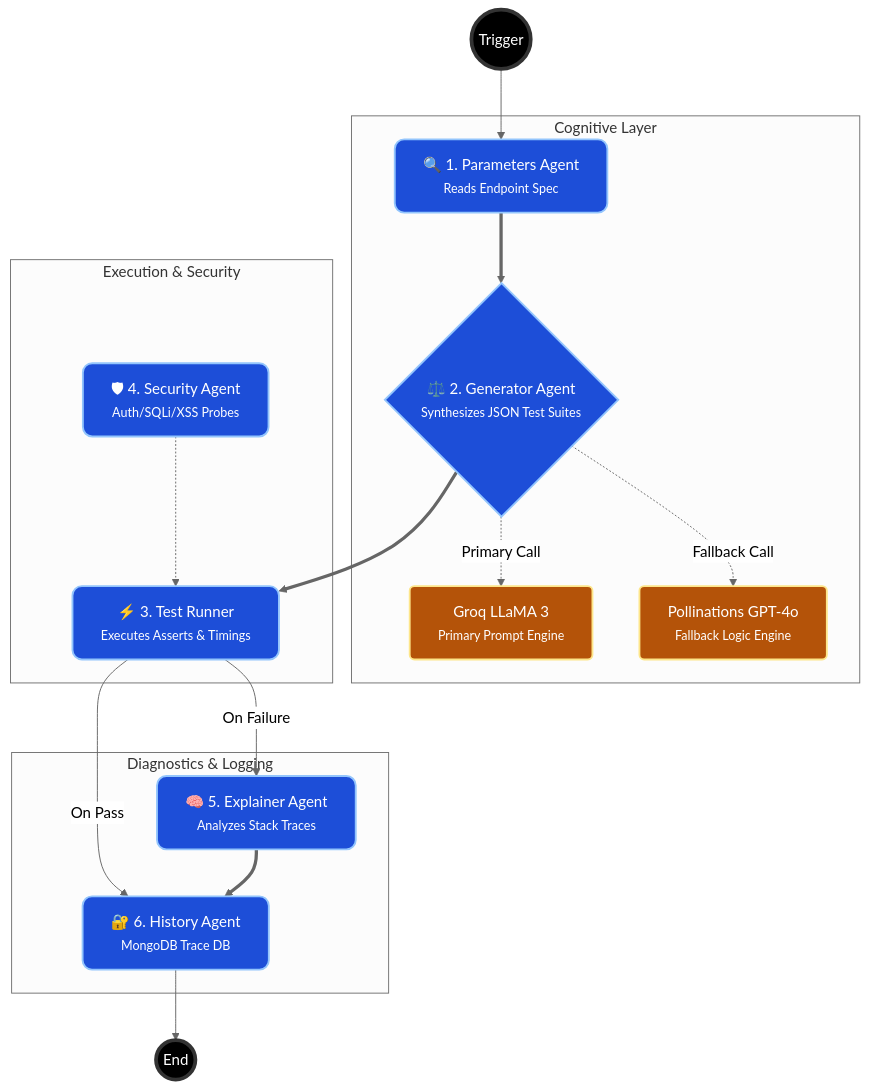
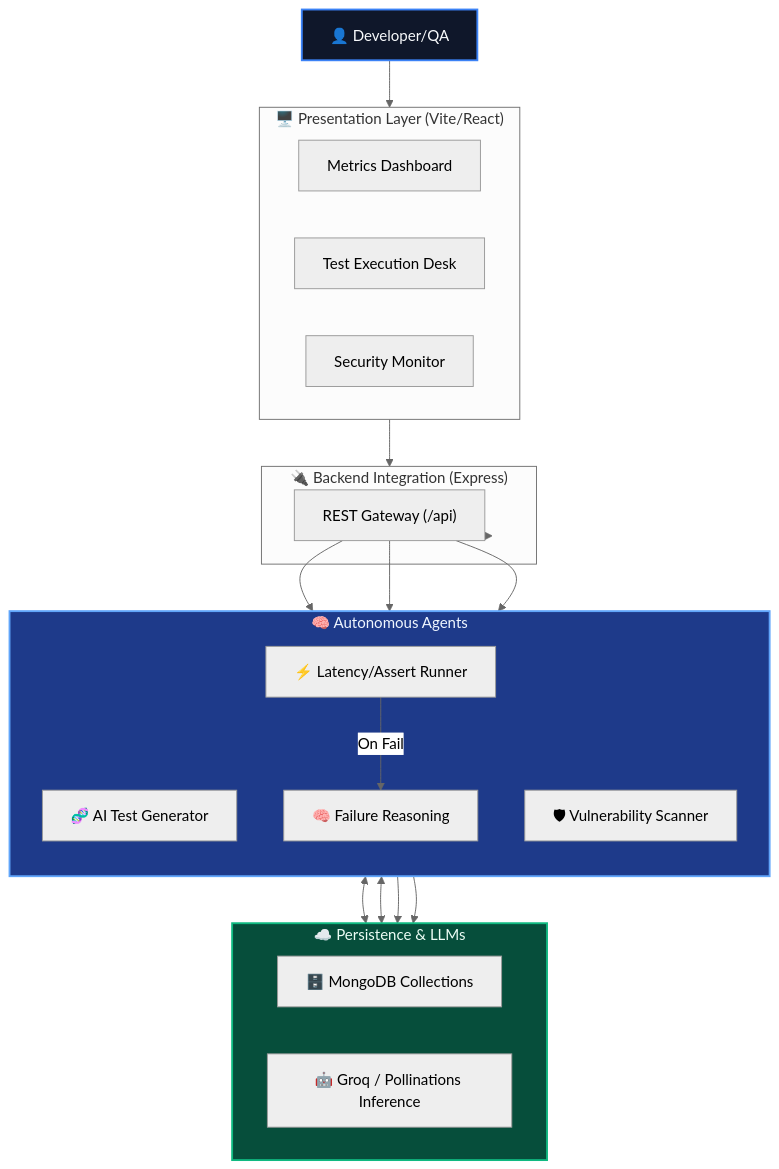
One commit to B-TechProject/AGENTIQ changed the second of 3 diagrams in README.md. Above: the diagram before and after it, drawn with Mermaid (neutral theme). The commit also changed other lines of this file and 3 other files, not shown here.

````diff
--- a/README.md
+++ b/README.md
@@ -32,41 +63,50 @@
 ```mermaid
 flowchart TB
-    %% Definitions
-    classDef startEnd fill:#000,stroke:#333,stroke-width:4px,color:#fff
-    classDef agent fill:#1d4ed8,stroke:#93c5fd,stroke-width:2px,color:#fff,rx:10,ry:10
-    classDef llm fill:#b45309,stroke:#fde68a,stroke-width:2px,color:#fff,rx:5,ry:5
-    classDef action fill:#047857,stroke:#a7f3d0,stroke-width:2px,color:#fff
+    %% ── STYLES ─────────────────────────
+    classDef main fill:#0f172a,stroke:#3b82f6,color:#f8fafc,stroke-width:2px
+    classDef core fill:#1e3a8a,stroke:#60a5fa,color:#eff6ff,stroke-width:2px
+    classDef infra fill:#064e3b,stroke:#10b981,color:#ecfdf5,stroke-width:2px
     
-    Start((Trigger)) --> Ingest
+    User["👤 Developer/QA"]:::main
     
-    subgraph Cognitive Layer
-        Ingest[🔍 1. Parameters Agent<br/><small>Reads Endpoint Spec</small>]
-        Decide{⚖️ 2. Generator Agent<br/><small>Synthesizes JSON Test Suites</small>}
-        Groq[Groq LLaMA 3<br/><small>Primary Prompt Engine</small>]
-        Polli[Pollinations GPT-4o<br/><small>Fallback Logic Engine</small>]
-        Ingest ==> Decide
-        Decide -.->|Primary Call| Groq
-        Decide -.->|Fallback Call| Polli
+    subgraph UI["🖥️ Presentation Layer (Vite/React)"]
+        direction LR
+        Dashboard["Metrics Dashboard"]
+        Executer["Test Execution Desk"]
+        SecDash["Security Monitor"]
     end
+    class UI main
     
-    subgraph Execution & Security
-        Runner[⚡ 3. Test Runner<br/><small>Executes Asserts & Timings</small>]
-        SecScanner[🛡 4. Security Agent<br/><small>Auth/SQLi/XSS Probes</small>]
-        Decide ==> Runner
-        SecScanner -.-> Runner
+    subgraph API["🔌 Backend Integration (Express)"]
+        Gateway["REST Gateway (/api)"]
     end
-    
-    subgraph Diagnostics & Logging
-        Explainer[🧠 5. Explainer Agent<br/><small>Analyzes Stack Traces</small>]
-        Audit[🔐 6. History Agent<br/><small>MongoDB Trace DB</small>]
-        Runner -->|On Pass| Audit
-        Runner -->|On Failure| Explainer
-        Explainer ==> Audit
+    class API main
+
+    subgraph Agents["🧠 Autonomous Agents"]
+        direction TB
+        Generator["🧬 AI Test Generator"]
+        Runner["⚡ Latency/Assert Runner"]
+        Explainer["🧠 Failure Reasoning"]
+        Security["🛡 Vulnerability Scanner"]
     end
-    
-    Audit --> Finish((End))
+    class Agents core
 
-    class Start,Finish startEnd
-    class Ingest,Decide,Runner,SecScanner,Explainer,Audit agent
-    class Groq,Polli llm
+    subgraph Infrastructure["☁️ Persistence & LLMs"]
+        direction LR
+        DB["🗄️ MongoDB Collections"]
+        LLM["🤖 Groq / Pollinations Inference"]
+    end
+    class Infrastructure infra
+
+    User --> UI
+    UI --> API
+    API --> Gateway
+    Gateway --> Generator
+    Gateway --> Runner
+    Gateway --> Security
+    Runner -->|On Fail| Explainer
+    Generator <--> LLM
+    Explainer <--> LLM
+    Runner --> DB
+    Security --> DB
 ```
````
